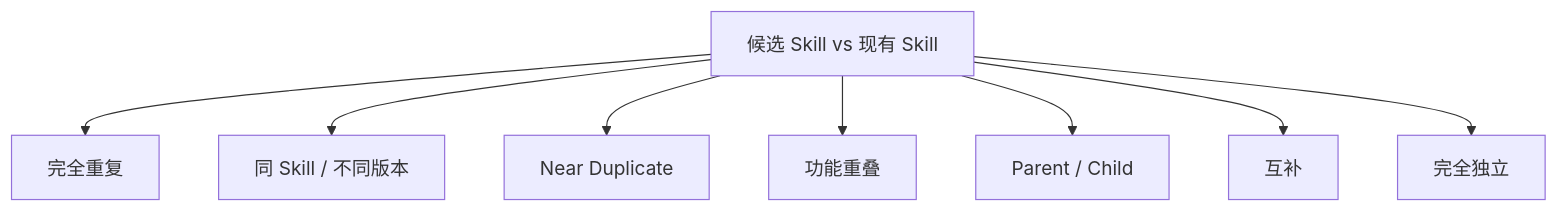
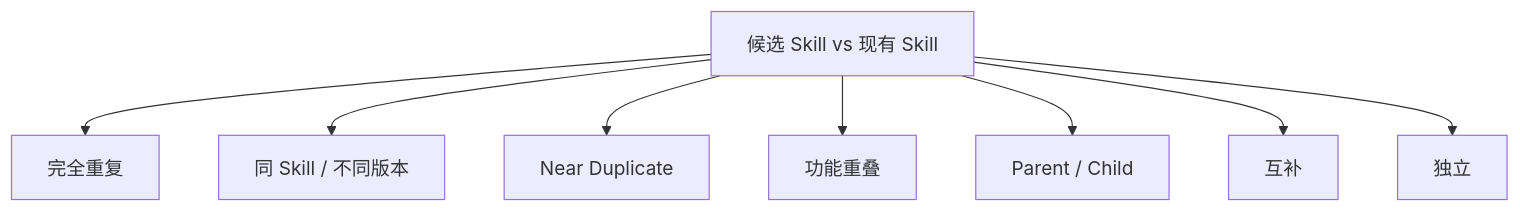
Before and after one commit to apexpeng/skill-install-workflow: the second of 3 diagrams in README.zh-CN.md, drawn with Mermaid. The commit also changed other lines of this file, not shown here.

````diff
--- a/README.zh-CN.md
+++ b/README.zh-CN.md
@@ -107,10 +84,10 @@
 ```mermaid
 flowchart TD
     A["候选 Skill vs 现有 Skill"] --> B["完全重复"]
     A --> C["同 Skill / 不同版本"]
     A --> D["Near Duplicate"]
     A --> E["功能重叠"]
     A --> F["Parent / Child"]
     A --> G["互补"]
-    A --> H["完全独立"]
+    A --> H["独立"]
 ```
````
